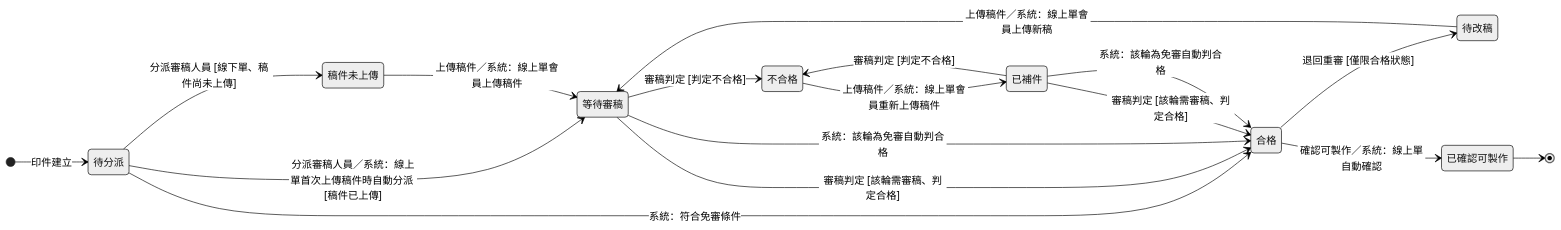
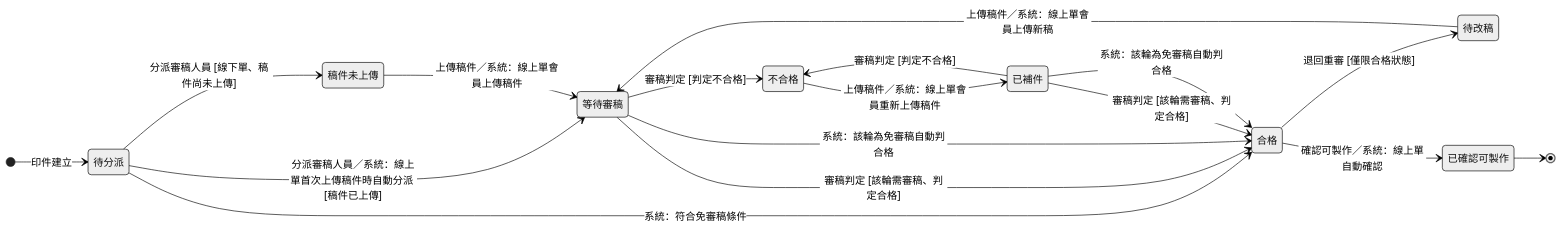
One commit to Kawato-Miles/erp-spec changed the diagram in memory/Sens_wiki/wiki/erp/06-state-machines/印件審稿狀態.md. Above: the diagram before and after it, drawn with Mermaid (neutral theme). The commit also changed other lines of this file and 94 other files, not shown here.

````diff
--- a/memory/Sens_wiki/wiki/erp/06-state-machines/印件審稿狀態.md
+++ b/memory/Sens_wiki/wiki/erp/06-state-machines/印件審稿狀態.md
@@ -43,32 +43,32 @@
 ```mermaid
 stateDiagram-v2
     direction LR
 
     [*] --> r_unassigned : 印件建立
 
     state "待分派" as r_unassigned
     state "稿件未上傳" as r_none
     state "等待審稿" as r_waiting
     state "不合格" as r_failed
     state "已補件" as r_resub
     state "合格" as r_passed
     state "待改稿" as r_revise
     state "已確認可製作" as r_confirmed
 
     r_unassigned --> r_none : 分派審稿人員 [線下單、稿件尚未上傳]
     r_unassigned --> r_waiting : 分派審稿人員／系統：線上單首次上傳稿件時自動分派 [稿件已上傳]
-    r_unassigned --> r_passed : 系統：符合免審條件
+    r_unassigned --> r_passed : 系統：符合免審稿條件
     r_none --> r_waiting : 上傳稿件／系統：線上單會員上傳稿件
     r_waiting --> r_passed : 審稿判定 [該輪需審稿、判定合格]
-    r_waiting --> r_passed : 系統：該輪為免審自動判合格
+    r_waiting --> r_passed : 系統：該輪為免審稿自動判合格
     r_waiting --> r_failed : 審稿判定 [判定不合格]
     r_failed --> r_resub : 上傳稿件／系統：線上單會員重新上傳稿件
     r_resub --> r_passed : 審稿判定 [該輪需審稿、判定合格]
-    r_resub --> r_passed : 系統：該輪為免審自動判合格
+    r_resub --> r_passed : 系統：該輪為免審稿自動判合格
     r_resub --> r_failed : 審稿判定 [判定不合格]
     r_passed --> r_confirmed : 確認可製作／系統：線上單自動確認
     r_passed --> r_revise : 退回重審 [僅限合格狀態]
     r_revise --> r_waiting : 上傳稿件／系統：線上單會員上傳新稿
 
     r_confirmed --> [*]
 ```
````
